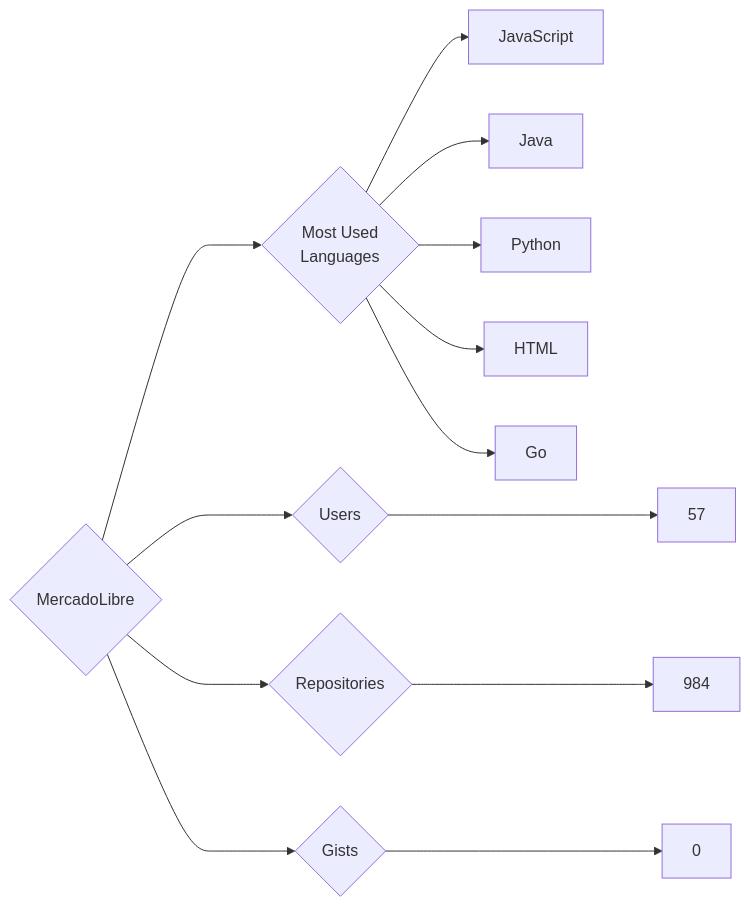
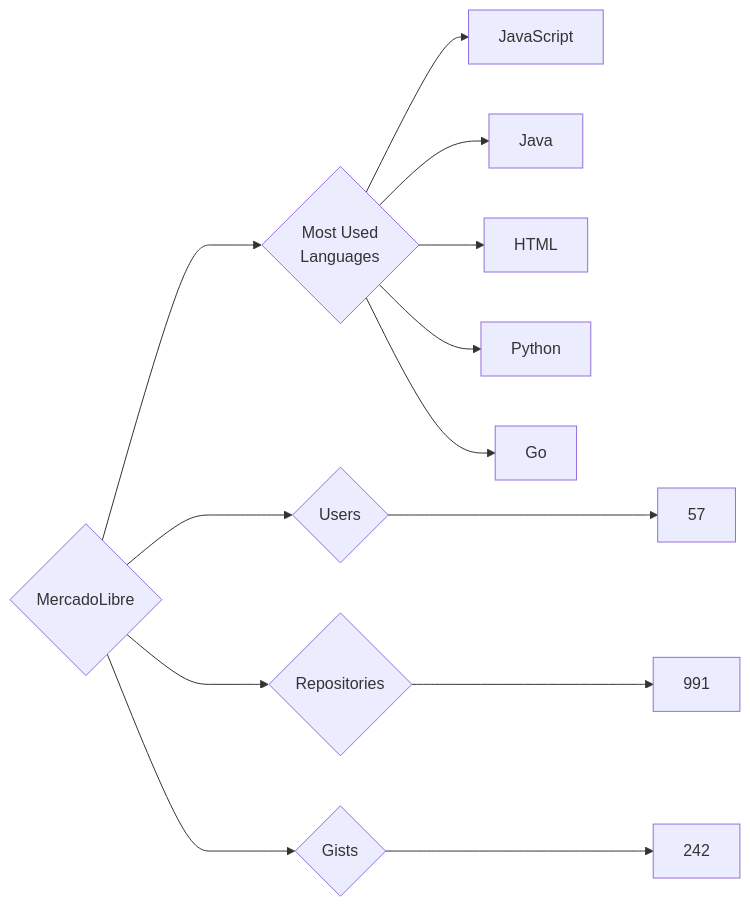
Before and after one commit to trickest/insiders: the diagram in targets/MercadoLibre/README.md, drawn with Mermaid. The commit also changed 997 other files, not shown here.

````diff
--- a/targets/MercadoLibre/README.md
+++ b/targets/MercadoLibre/README.md
@@ -3,13 +3,13 @@
 ```mermaid
 graph LR
 COMPANY_NAME{MercadoLibre}
 COMPANY_NAME ---> U{Users} ---> UN[57]
-COMPANY_NAME ---> R{Repositories} ---> RN[984]
-COMPANY_NAME ---> G{Gists} ---> GN[0]
+COMPANY_NAME ---> R{Repositories} ---> RN[991]
+COMPANY_NAME ---> G{Gists} ---> GN[242]
 COMPANY_NAME ---> ML{Most Used<br>Languages}
-ML --> JavaScript
-ML --> Java
-ML --> Python
-ML --> HTML
-ML --> Go
+ML --> JavaScript[JavaScript]
+ML --> Java[Java]
+ML --> HTML[HTML]
+ML --> Python[Python]
+ML --> Go[Go]
 ```
````
